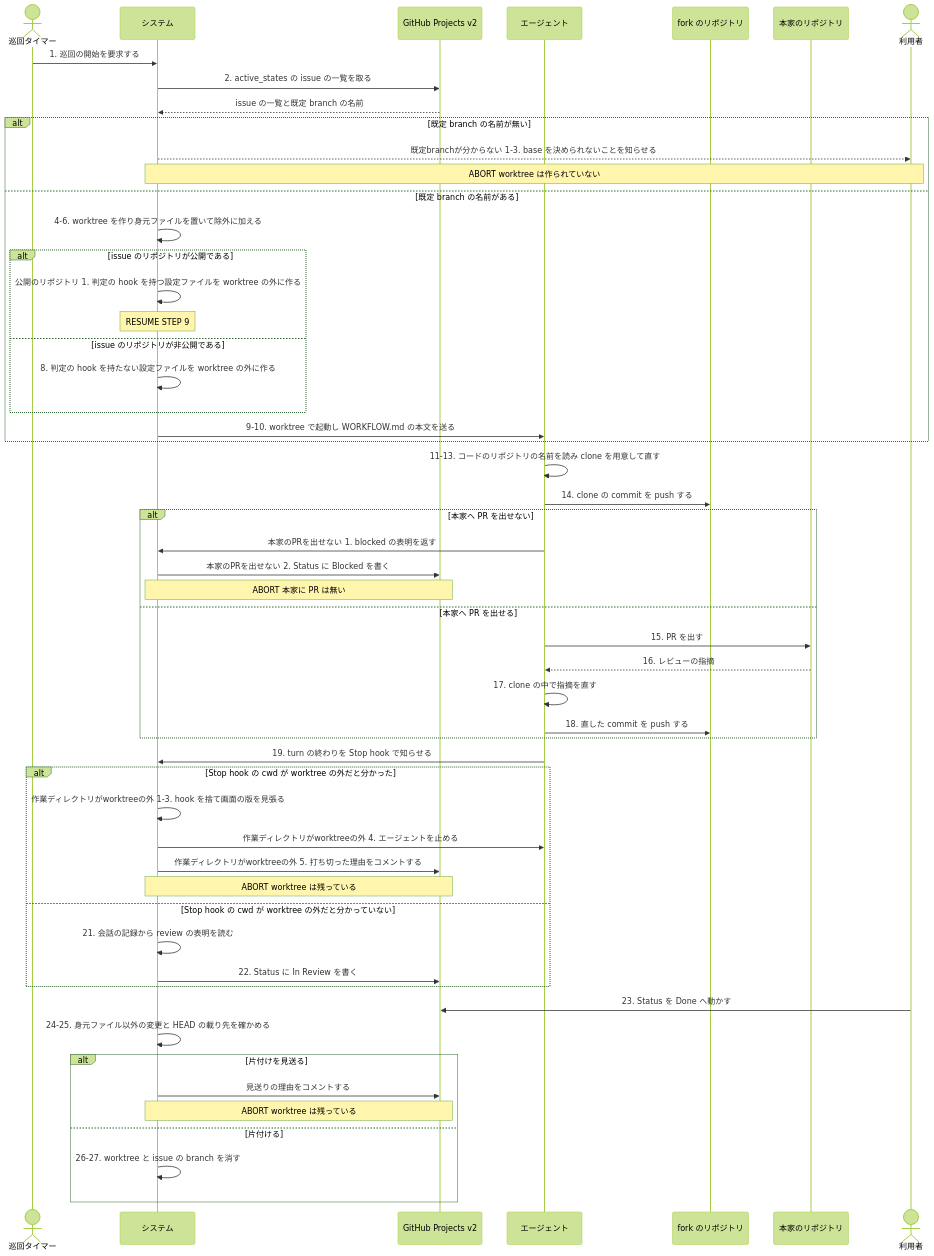
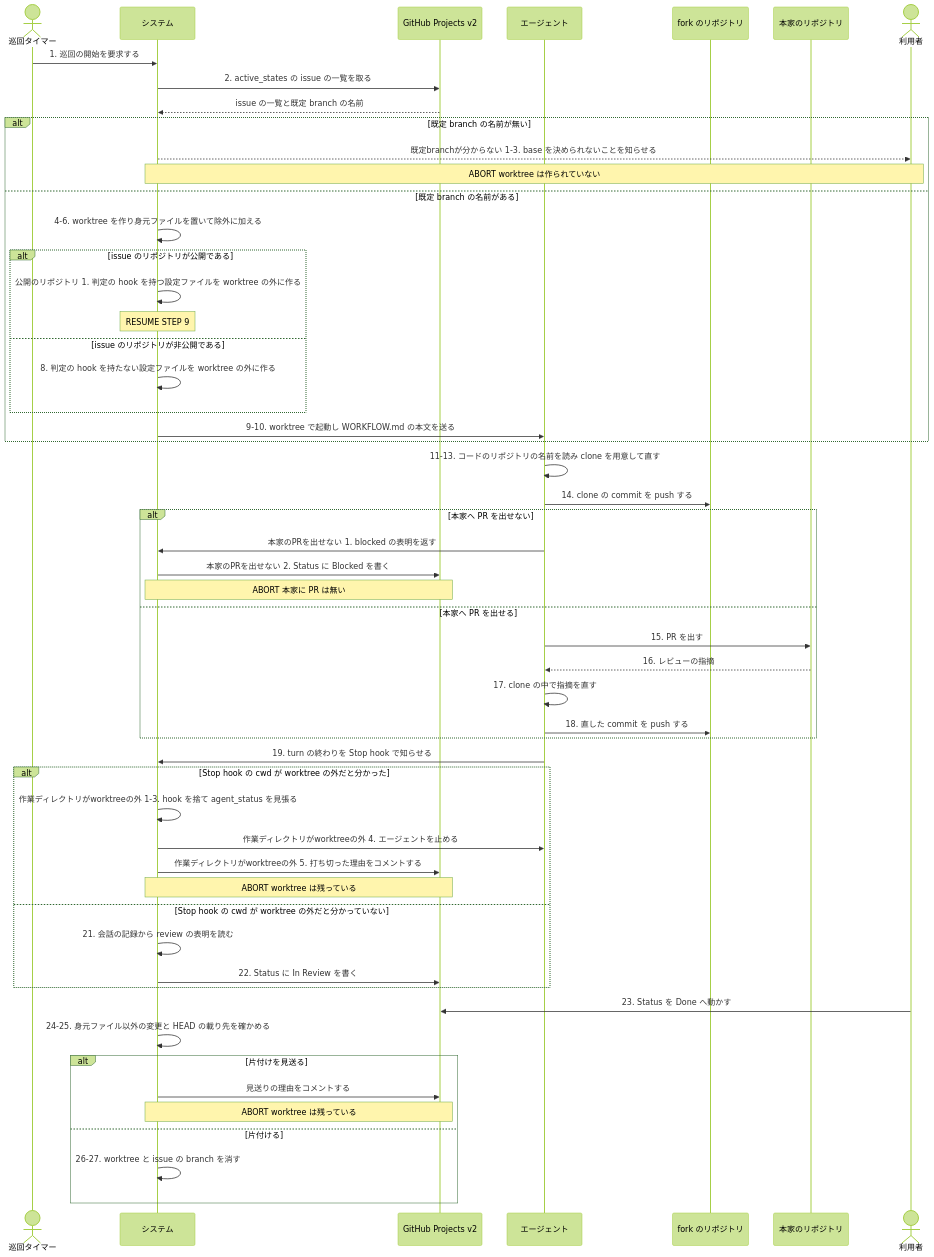
One commit to maimuzo/continuo changed the second of 2 diagrams in docs/spec/usecases/particular_case/本家のリポジトリへ PR を出す.rucm.md. Above: the diagram before and after it, drawn with Mermaid (forest theme). The commit also changed other lines of this file and 43 other files, not shown here.

First line of the commit message:
文書とテストを agent_status へ追随させる 版で測る記述を全部たたむ

````diff
--- a/docs/spec/usecases/particular_case/本家のリポジトリへ PR を出す.rucm.md
+++ b/docs/spec/usecases/particular_case/本家のリポジトリへ PR を出す.rucm.md
@@ -181,57 +181,57 @@
 ```mermaid
 sequenceDiagram
     actor TIMER as 巡回タイマー
     participant SYS as システム
     participant BOARD as GitHub Projects v2
     participant CC as エージェント
     participant FORK as fork のリポジトリ
     participant UP as 本家のリポジトリ
     actor USER as 利用者
 
     TIMER->>SYS: 1. 巡回の開始を要求する
     SYS->>BOARD: 2. active_states の issue の一覧を取る
     BOARD-->>SYS: issue の一覧と既定 branch の名前
     alt 既定 branch の名前が無い
         SYS-->>USER: 既定branchが分からない 1-3. base を決められないことを知らせる
         Note over SYS,USER: ABORT worktree は作られていない
     else 既定 branch の名前がある
         SYS->>SYS: 4-6. worktree を作り身元ファイルを置いて除外に加える
         alt issue のリポジトリが公開である
             SYS->>SYS: 公開のリポジトリ 1. 判定の hook を持つ設定ファイルを worktree の外に作る
             Note over SYS: RESUME STEP 9
         else issue のリポジトリが非公開である
             SYS->>SYS: 8. 判定の hook を持たない設定ファイルを worktree の外に作る
         end
         SYS->>CC: 9-10. worktree で起動し WORKFLOW.md の本文を送る
     end
     CC->>CC: 11-13. コードのリポジトリの名前を読み clone を用意して直す
     CC->>FORK: 14. clone の commit を push する
     alt 本家へ PR を出せない
         CC->>SYS: 本家のPRを出せない 1. blocked の表明を返す
         SYS->>BOARD: 本家のPRを出せない 2. Status に Blocked を書く
         Note over SYS,BOARD: ABORT 本家に PR は無い
     else 本家へ PR を出せる
         CC->>UP: 15. PR を出す
         UP-->>CC: 16. レビューの指摘
         CC->>CC: 17. clone の中で指摘を直す
         CC->>FORK: 18. 直した commit を push する
     end
     CC->>SYS: 19. turn の終わりを Stop hook で知らせる
     alt Stop hook の cwd が worktree の外だと分かった
-        SYS->>SYS: 作業ディレクトリがworktreeの外 1-3. hook を捨て画面の版を見張る
+        SYS->>SYS: 作業ディレクトリがworktreeの外 1-3. hook を捨て agent_status を見張る
         SYS->>CC: 作業ディレクトリがworktreeの外 4. エージェントを止める
         SYS->>BOARD: 作業ディレクトリがworktreeの外 5. 打ち切った理由をコメントする
         Note over SYS,BOARD: ABORT worktree は残っている
     else Stop hook の cwd が worktree の外だと分かっていない
         SYS->>SYS: 21. 会話の記録から review の表明を読む
         SYS->>BOARD: 22. Status に In Review を書く
     end
     USER->>BOARD: 23. Status を Done へ動かす
     SYS->>SYS: 24-25. 身元ファイル以外の変更と HEAD の載り先を確かめる
     alt 片付けを見送る
         SYS->>BOARD: 見送りの理由をコメントする
         Note over SYS,BOARD: ABORT worktree は残っている
     else 片付ける
         SYS->>SYS: 26-27. worktree と issue の branch を消す
     end
 ```
````
